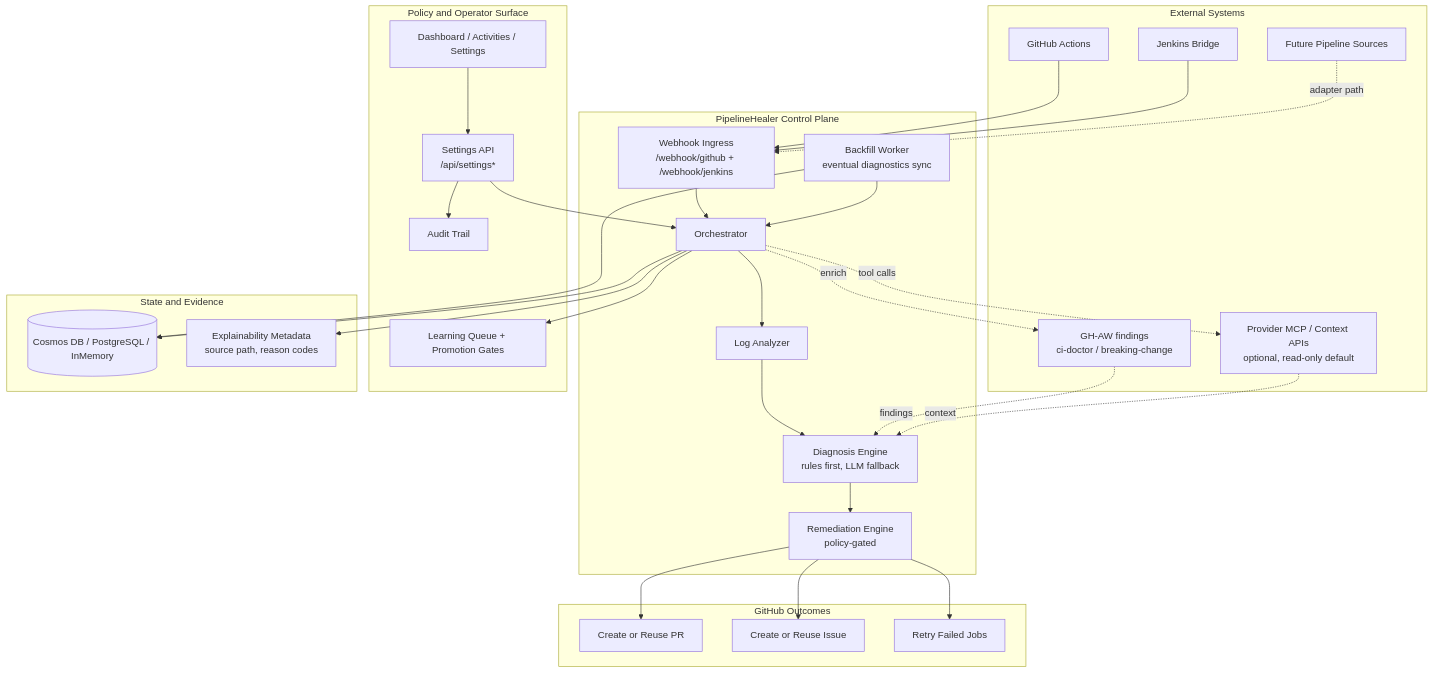
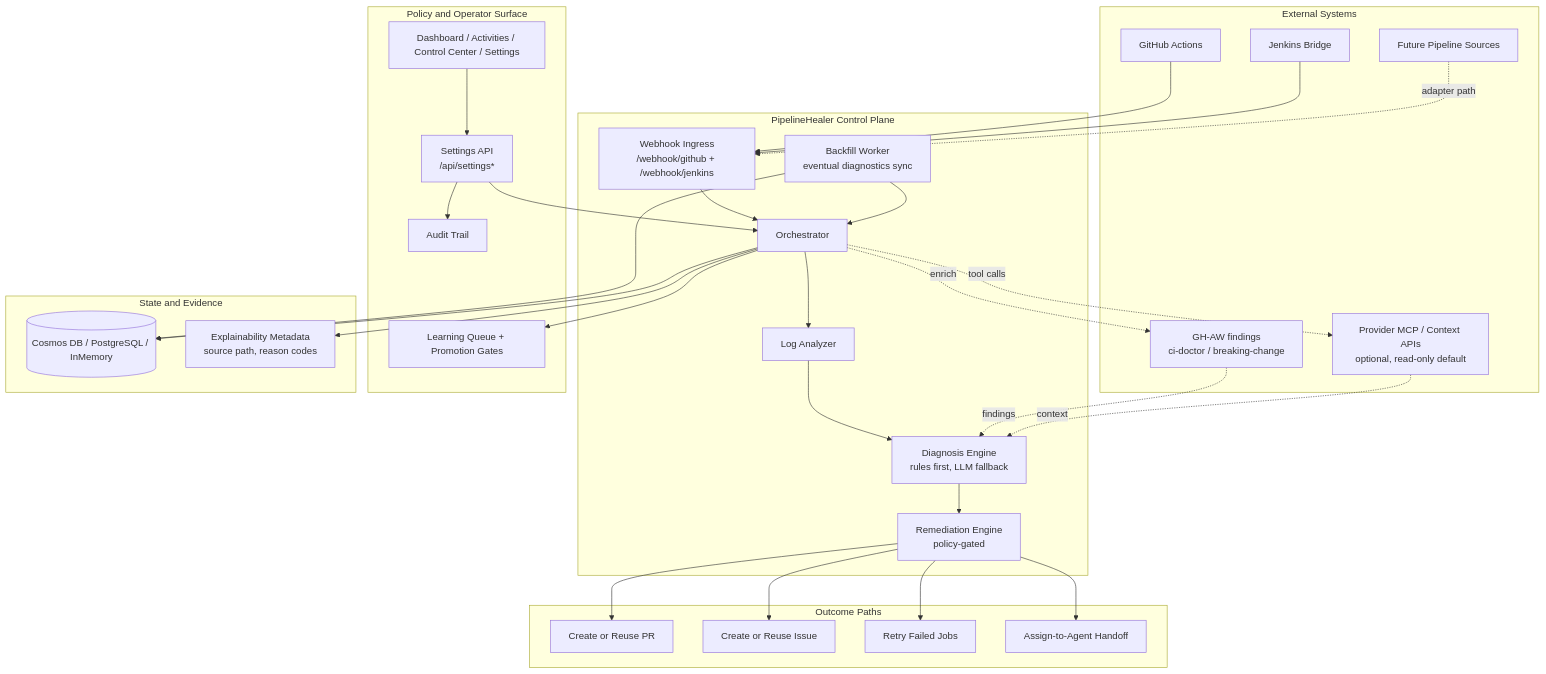
Before and after one commit to Canepro/pipelinehealer: the first of 2 diagrams in README.md, drawn with Mermaid. The commit also changed other lines of this file and 9 other files, not shown here.

Commit message:
Refresh docs and diagrams for control-plane framing

````diff
--- a/README.md
+++ b/README.md
@@ -199,58 +199,60 @@
 ```mermaid
 flowchart TB
   subgraph EXT["External Systems"]
     GH["GitHub Actions"]
     JN["Jenkins Bridge"]
     GHAW["GH-AW findings<br/>ci-doctor / breaking-change"]
     MCP["Provider MCP / Context APIs<br/>optional, read-only default"]
     OTH["Future Pipeline Sources"]
   end
 
   subgraph CTRL["PipelineHealer Control Plane"]
     WH["Webhook Ingress<br/>/webhook/github + /webhook/jenkins"]
     ORCH["Orchestrator"]
     ANA["Log Analyzer"]
     DIA["Diagnosis Engine<br/>rules first, LLM fallback"]
     REM["Remediation Engine<br/>policy-gated"]
     BF["Backfill Worker<br/>eventual diagnostics sync"]
   end
 
   subgraph GOV["Policy and Operator Surface"]
-    UI["Dashboard / Activities / Settings"]
+    UI["Dashboard / Activities / Control Center / Settings"]
     API["Settings API<br/>/api/settings*"]
     AUD["Audit Trail"]
     LRN["Learning Queue + Promotion Gates"]
   end
 
   subgraph DATA["State and Evidence"]
     DB[("Cosmos DB / PostgreSQL / InMemory")]
     EXP["Explainability Metadata<br/>source path, reason codes"]
   end
 
-  subgraph OUT["GitHub Outcomes"]
+  subgraph OUT["Outcome Paths"]
     PR["Create or Reuse PR"]
     IS["Create or Reuse Issue"]
     RR["Retry Failed Jobs"]
+    HO["Assign-to-Agent Handoff"]
   end
 
   GH --> WH --> ORCH
   JN --> WH
   OTH -. adapter path .-> WH
   ORCH --> ANA --> DIA --> REM
   REM --> PR
   REM --> IS
   REM --> RR
+  REM --> HO
 
   ORCH -. enrich .-> GHAW
   GHAW -. findings .-> DIA
   ORCH -. tool calls .-> MCP
   MCP -. context .-> DIA
 
   UI --> API --> ORCH
   API --> AUD
   ORCH --> LRN
   BF --> ORCH
   BF --> DB
   ORCH --> DB
   ORCH --> EXP
 ```
````
